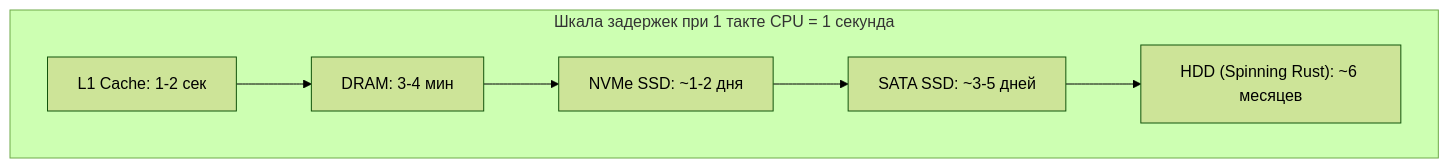
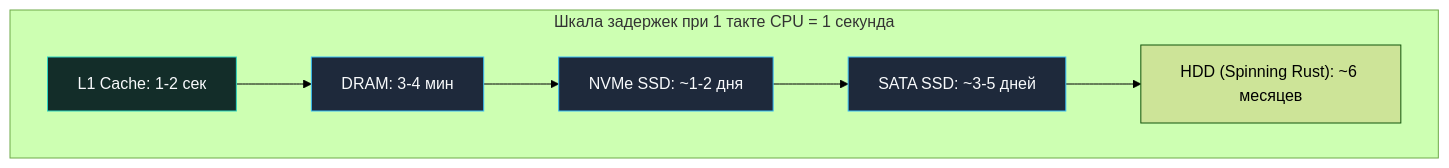
The second of 6 diagrams in sources/2. Устройство и работа ОС/44. Диски и устройства хранения.md (UnrealTemplier/go-textbook), drawn with Mermaid (forest theme) before and after one commit. The commit also changed other lines of this file and 1666 other files, not shown here.

First line of the commit message:
feat(mermaid): add semantic color classDef to 1369 colorless flowchart/graph diagrams

````diff
--- a/sources/2. Устройство и работа ОС/44. Диски и устройства хранения.md
+++ b/sources/2. Устройство и работа ОС/44. Диски и устройства хранения.md
@@ -52,11 +62,21 @@
 ```mermaid
 flowchart TD
+    classDef process  fill:#1e293b,stroke:#38bdf8,stroke-width:1px,color:#f8fafc
+    classDef success  fill:#064e3b,stroke:#34d399,stroke-width:1px,color:#f8fafc
+    classDef error    fill:#7f1d1d,stroke:#f87171,stroke-width:1px,color:#f8fafc
+    classDef warning  fill:#78350f,stroke:#fbbf24,stroke-width:1px,color:#f8fafc
+    classDef entry    fill:#1e3a5f,stroke:#38bdf8,stroke-width:2px,color:#f8fafc
+    classDef aux      fill:#334155,stroke:#64748b,stroke-width:1px,color:#f8fafc
+    classDef system   fill:#312e81,stroke:#a78bfa,stroke-width:1px,color:#f8fafc
+    classDef data     fill:#132d29,stroke:#2dd4bf,stroke-width:1px,color:#f8fafc
+    classDef network  fill:#881337,stroke:#fb7185,stroke-width:1px,color:#f8fafc
+    classDef accent   fill:#1e1b4b,stroke:#818cf8,stroke-width:1px,color:#f8fafc
     subgraph LatencyHierarchy["Шкала задержек при 1 такте CPU = 1 секунда"]
-        L1["L1 Cache: 1-2 сек"]
-        RAM["DRAM: 3-4 мин"]
-        NVMe["NVMe SSD: ~1-2 дня"]
-        SATA_SSD["SATA SSD: ~3-5 дней"]
+        L1["L1 Cache: 1-2 сек"]:::data
+        RAM["DRAM: 3-4 мин"]:::process
+        NVMe["NVMe SSD: ~1-2 дня"]:::process
+        SATA_SSD["SATA SSD: ~3-5 дней"]:::process
         HDD["HDD (Spinning Rust): ~6 месяцев"]
     end
     L1 --> RAM --> NVMe --> SATA_SSD --> HDD
 ```
````
